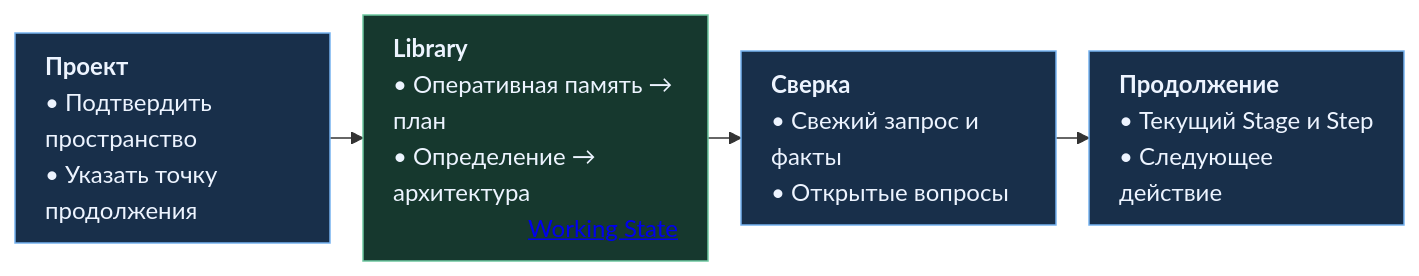
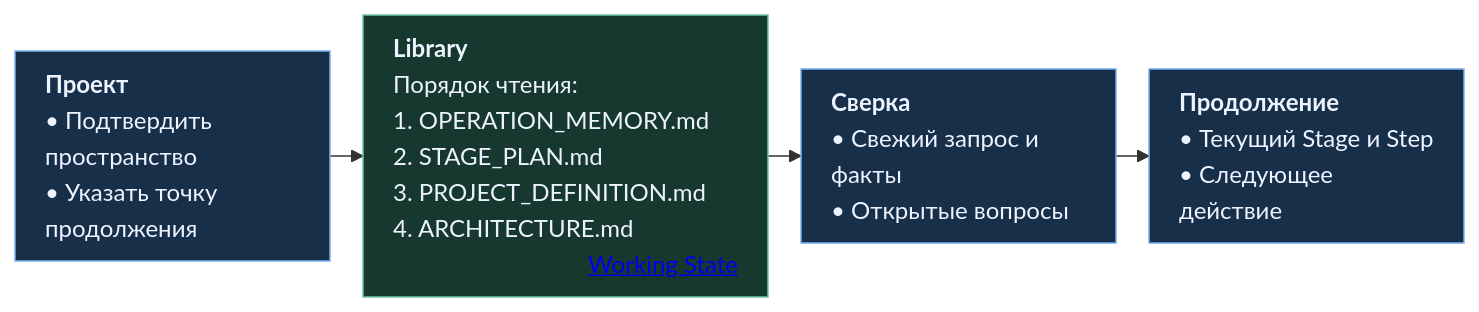
The second of 2 diagrams in docs/guide/LIBRARY.md (Vkuvalin/command-center-public), drawn with Mermaid before and after one commit.

Commit message:
docs: clarify Library recovery reading order

````diff
--- a/docs/guide/LIBRARY.md
+++ b/docs/guide/LIBRARY.md
@@ -110,22 +110,22 @@
 ```mermaid
 ---
 config:
   layout: dagre
   look: classic
   fontFamily: Arial, sans-serif
   fontSize: 14
   flowchart:
     nodeSpacing: 18
     rankSpacing: 22
     padding: 10
     diagramPadding: 8
 ---
 flowchart LR
     PROJECT["<div style='width:170px;text-align:left;white-space:normal;overflow-wrap:anywhere'><b>Проект</b><br/>• Подтвердить пространство<br/>• Указать точку продолжения</div>"]:::web
-    RESTORE["<div style='width:190px;text-align:left;white-space:normal;overflow-wrap:anywhere'><b>Library</b><br/>• Оперативная память → план<br/>• Определение → архитектура<br/><div style='text-align:right'><a href='https://github.com/Vkuvalin/command-center-public/blob/main/Command_Center_Working_State_Protocol.md#12-recovery-and-new-chat-continuation' target='_blank'>Working State</a></div></div>"]:::memory
+    RESTORE["<div style='width:230px;text-align:left;white-space:normal;overflow-wrap:anywhere'><b>Library</b><br/>Порядок чтения:<br/>1. OPERATION_MEMORY.md<br/>2. STAGE_PLAN.md<br/>3. PROJECT_DEFINITION.md<br/>4. ARCHITECTURE.md<br/><div style='text-align:right'><a href='https://github.com/Vkuvalin/command-center-public/blob/main/Command_Center_Working_State_Protocol.md#12-recovery-and-new-chat-continuation' target='_blank'>Working State</a></div></div>"]:::memory
     CHECK["<div style='width:170px;text-align:left;white-space:normal;overflow-wrap:anywhere'><b>Сверка</b><br/>• Свежий запрос и факты<br/>• Открытые вопросы</div>"]:::web
     CONTINUE["<div style='width:170px;text-align:left;white-space:normal;overflow-wrap:anywhere'><b>Продолжение</b><br/>• Текущий Stage и Step<br/>• Следующее действие</div>"]:::web
     PROJECT --> RESTORE --> CHECK --> CONTINUE
     classDef web fill:#182f4a,stroke:#75b2f0,color:#edf4ff;
     classDef memory fill:#16382e,stroke:#6ec7a0,color:#edf4ff;
 ```
````
